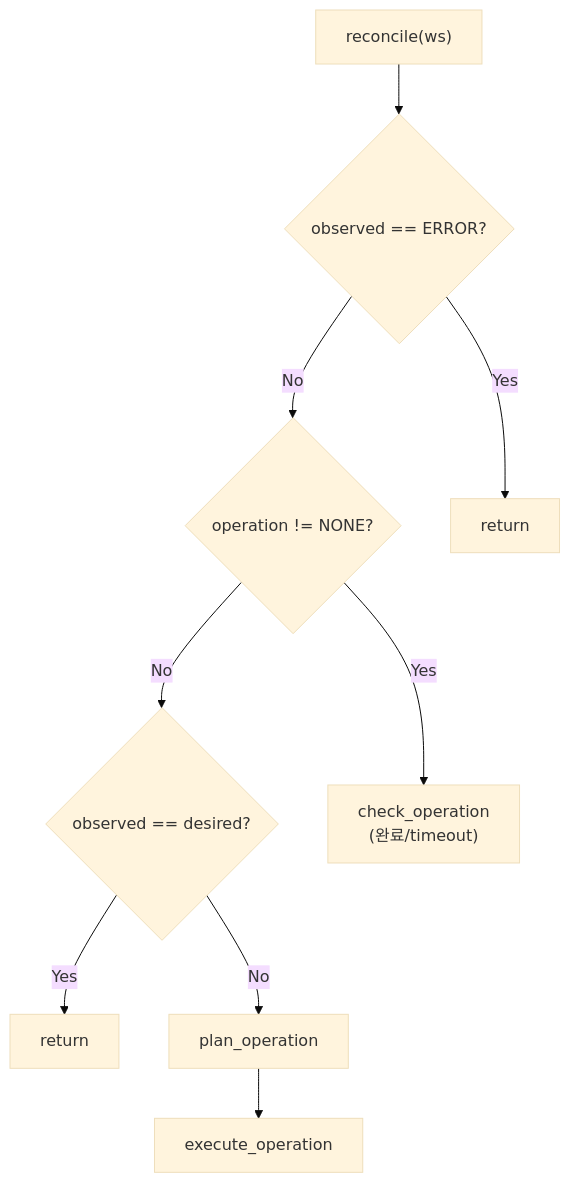
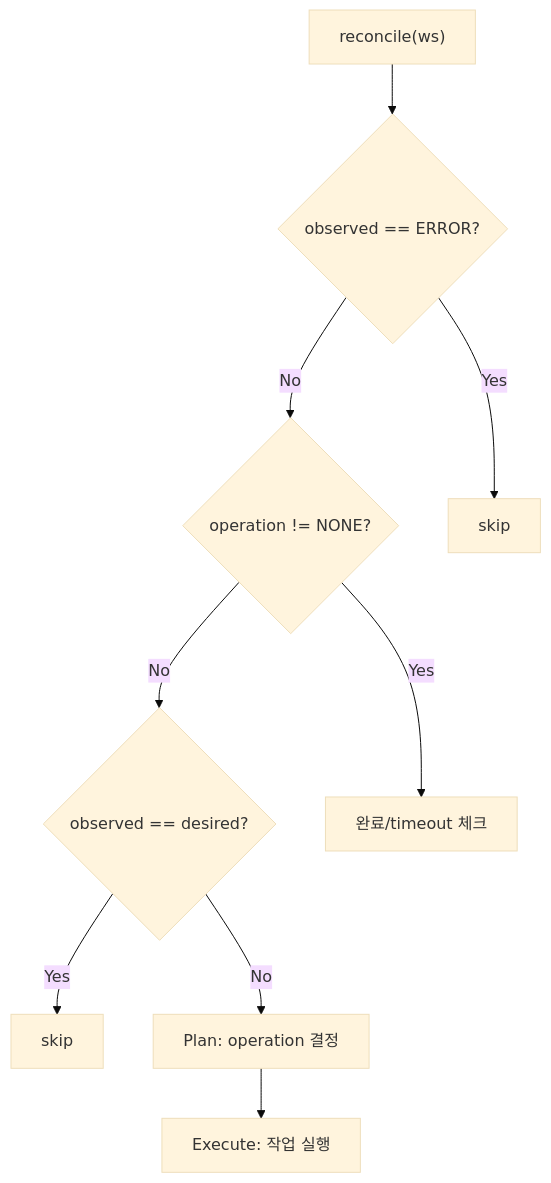
The diagram in docs/spec_v2/components/state-reconciler.md (cagojeiger/code-hub), drawn with Mermaid (base theme) before and after one commit. The commit also changed other lines of this file and 14 other files, not shown here.

````diff
--- a/docs/spec_v2/components/state-reconciler.md
+++ b/docs/spec_v2/components/state-reconciler.md
@@ -340,23 +120,23 @@
 ```mermaid
 flowchart TB
     START["reconcile(ws)"]
 
     ERROR{"observed == ERROR?"}
     OP{"operation != NONE?"}
     CONV{"observed == desired?"}
 
-    RET1["return"]
-    RET2["return"]
-    CHECK["check_operation<br/>(완료/timeout)"]
-    PLAN["plan_operation"]
-    EXEC["execute_operation"]
+    SKIP1["skip"]
+    SKIP2["skip"]
+    CHECK["완료/timeout 체크"]
+    PLAN["Plan: operation 결정"]
+    EXEC["Execute: 작업 실행"]
 
     START --> ERROR
-    ERROR -->|Yes| RET1
+    ERROR -->|Yes| SKIP1
     ERROR -->|No| OP
     OP -->|Yes| CHECK
     OP -->|No| CONV
-    CONV -->|Yes| RET2
+    CONV -->|Yes| SKIP2
     CONV -->|No| PLAN
     PLAN --> EXEC
 ```
````
